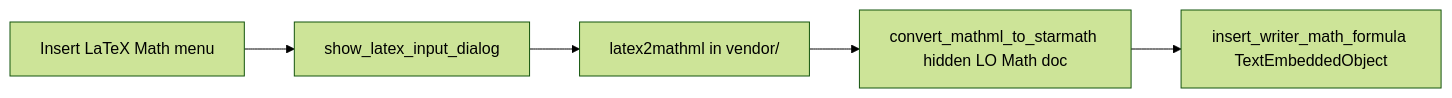
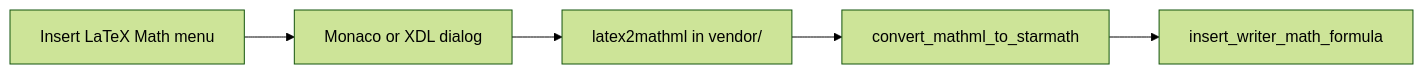
Before and after one commit to KeithCu/writeragent: the seventh of 9 diagrams in docs/libreoffice-core-python-extension-split.md, drawn with Mermaid (forest theme). The commit also changed other lines of this file and 12 other files, not shown here.

````diff
--- a/docs/libreoffice-core-python-extension-split.md
+++ b/docs/libreoffice-core-python-extension-split.md
@@ -474,9 +804,9 @@
 ```mermaid
 flowchart LR
   menu[Insert LaTeX Math menu]
-  dlg[show_latex_input_dialog]
+  dlg[Monaco or XDL dialog]
   l2m[latex2mathml in vendor/]
-  mml[convert_mathml_to_starmath hidden LO Math doc]
-  ins[insert_writer_math_formula TextEmbeddedObject]
+  mml[convert_mathml_to_starmath]
+  ins[insert_writer_math_formula]
   menu --> dlg --> l2m --> mml --> ins
 ```
````
